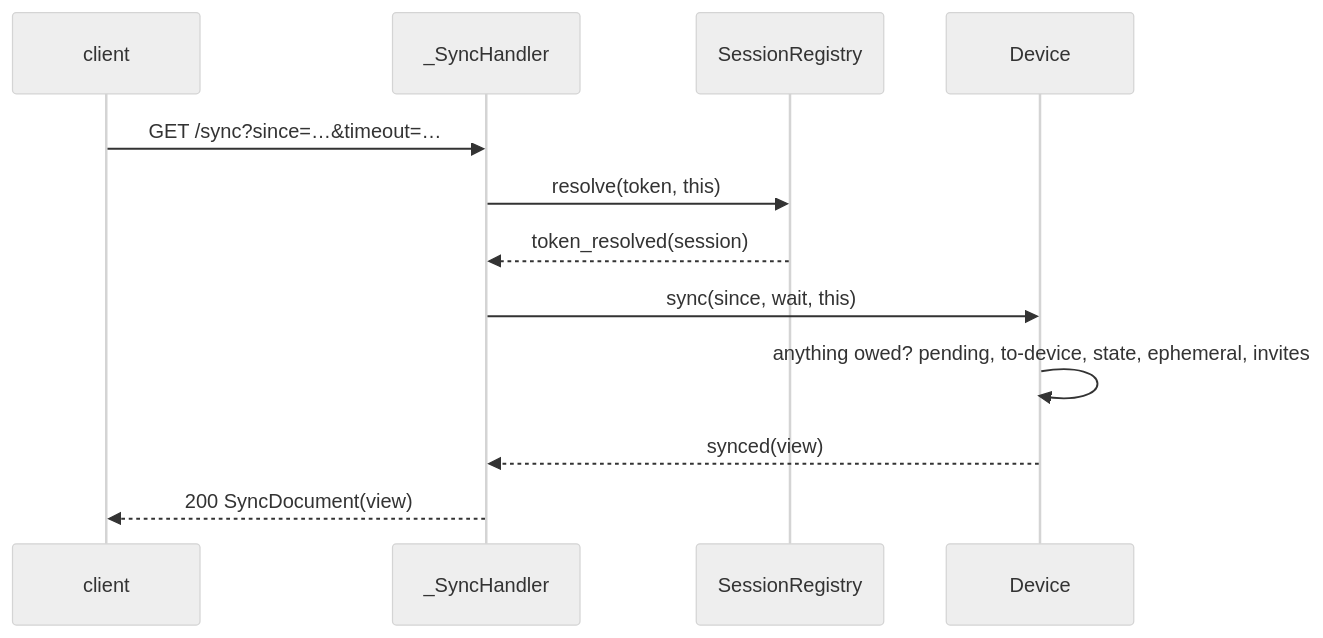
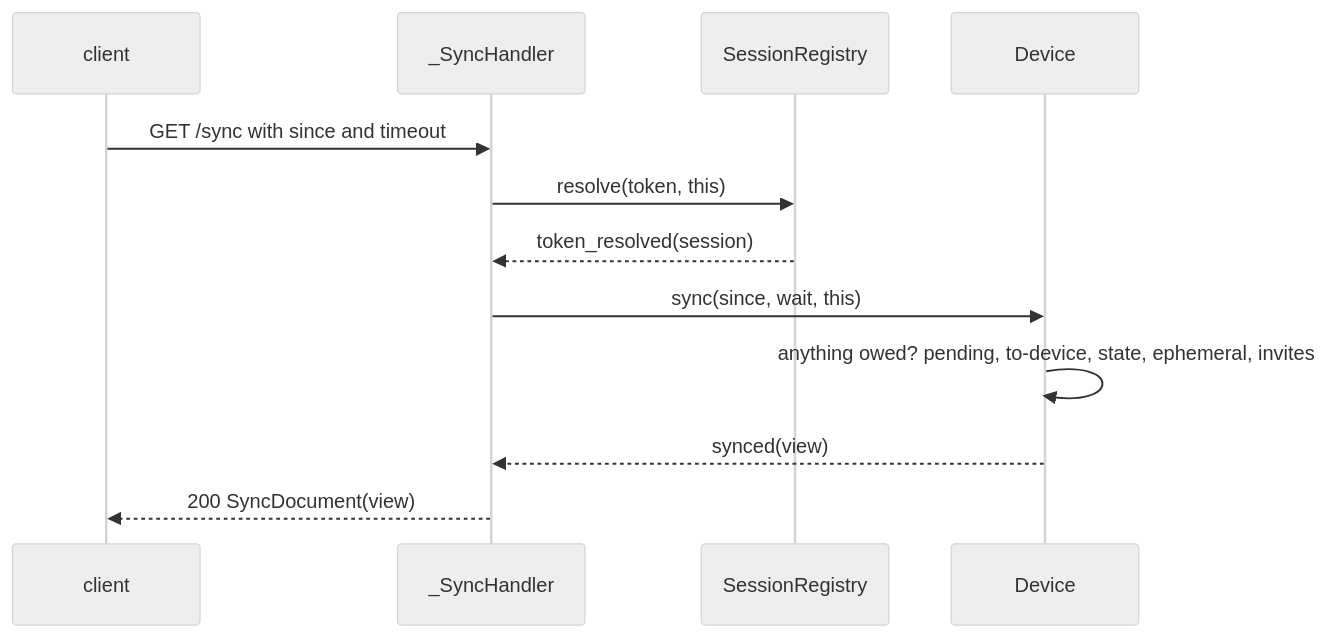
The fifth of 18 diagrams in docs/architecture.md (contact-red/marilwyd), drawn with Mermaid (neutral theme) before and after one commit. The commit also changed other lines of this file, not shown here.

First line of the commit message:
Keep the diagrams out of mermaid's escape syntax

````diff
--- a/docs/architecture.md
+++ b/docs/architecture.md
@@ -378,15 +378,15 @@
 ```mermaid
 sequenceDiagram
     participant C as client
     participant SH as _SyncHandler
     participant SR as SessionRegistry
     participant D as Device
 
-    C->>SH: GET /sync?since=…&timeout=…
+    C->>SH: GET /sync with since and timeout
     SH->>SR: resolve(token, this)
     SR-->>SH: token_resolved(session)
     SH->>D: sync(since, wait, this)
     D->>D: anything owed? pending, to-device, state, ephemeral, invites
     D-->>SH: synced(view)
     SH-->>C: 200 SyncDocument(view)
 ```
````
